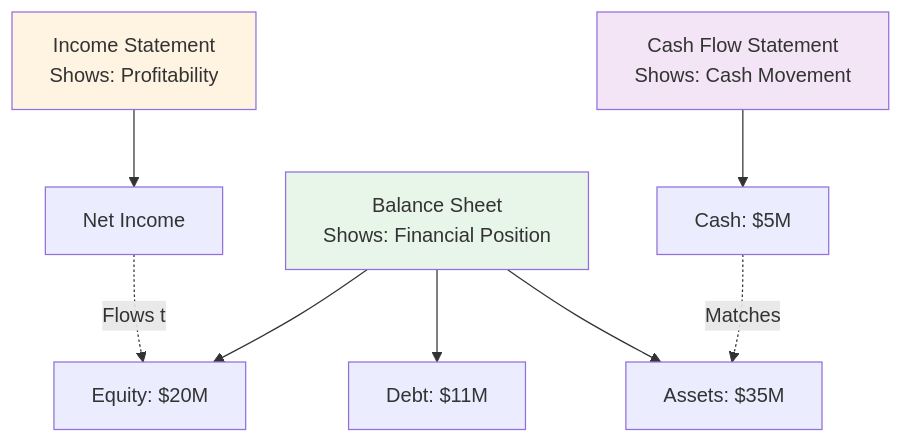
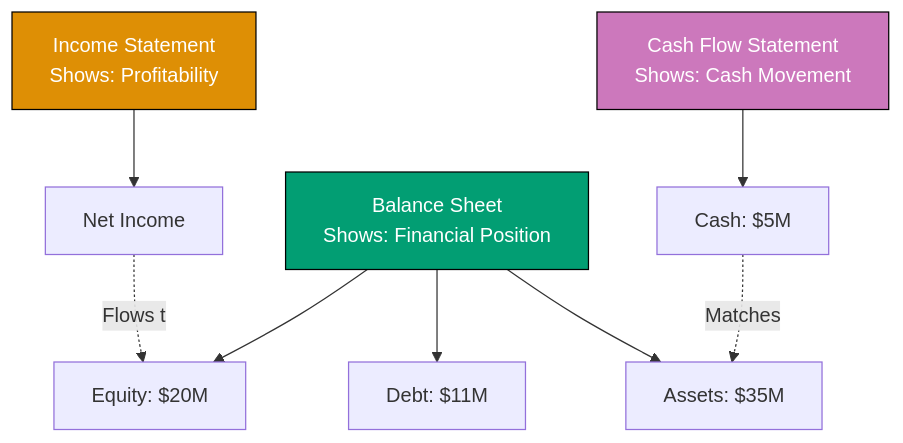
One commit to wahidyankf/open-sharia-enterprise changed the fourth of 12 diagrams in docs/tutorials/business-and-finance/tu-bufi__corporate-finance.md. Above: the diagram before and after it, drawn with Mermaid. The commit also changed other lines of this file and 22 other files, not shown here.

First line of the commit message:
docs(diagrams): ensure all mermaid diagrams use color-blind friendly palette

````diff
--- a/docs/tutorials/business-and-finance/tu-bufi__corporate-finance.md
+++ b/docs/tutorials/business-and-finance/tu-bufi__corporate-finance.md
@@ -386,17 +398,17 @@
 ```mermaid
 flowchart TD
 	IS[Income Statement<br/>Shows: Profitability] --> NI[Net Income]
 
 	BS[Balance Sheet<br/>Shows: Financial Position] --> Assets[Assets: $35M]
 	BS --> Debt[Debt: $11M]
 	BS --> Equity[Equity: $20M]
 
 	CF[Cash Flow Statement<br/>Shows: Cash Movement] --> Cash[Cash: $5M]
 
 	NI -.Flows to.-> Equity
 	Cash -.Matches.-> Assets
 
-	style IS fill:#fff4e1
-	style BS fill:#e8f5e9
-	style CF fill:#f3e5f5
+	style IS fill:#DE8F05,stroke:#000000,color:#FFFFFF
+	style BS fill:#029E73,stroke:#000000,color:#FFFFFF
+	style CF fill:#CC78BC,stroke:#000000,color:#FFFFFF
 ```
````
